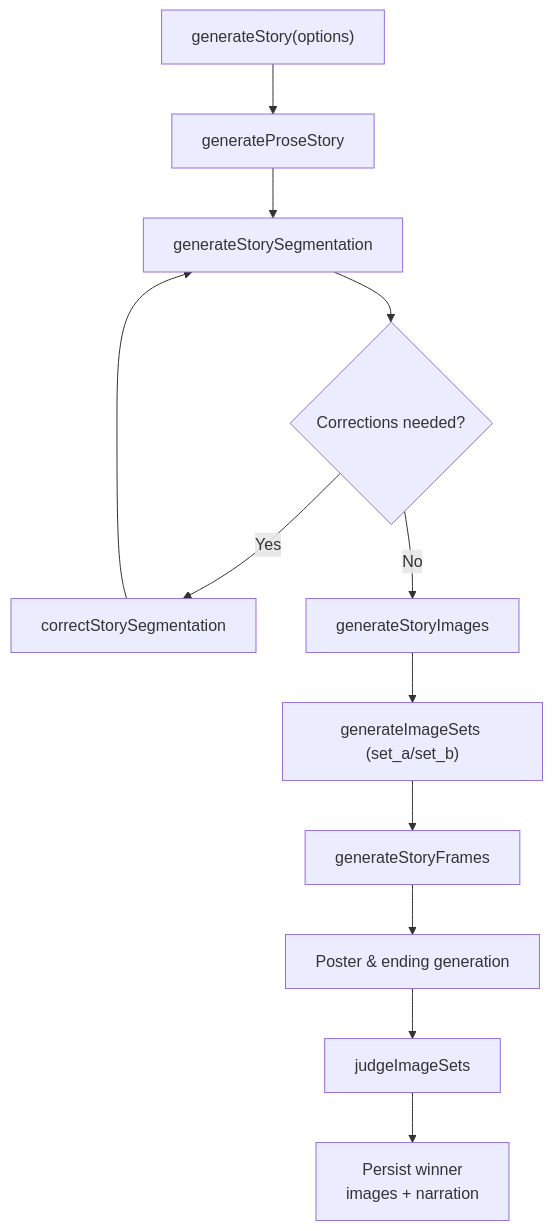
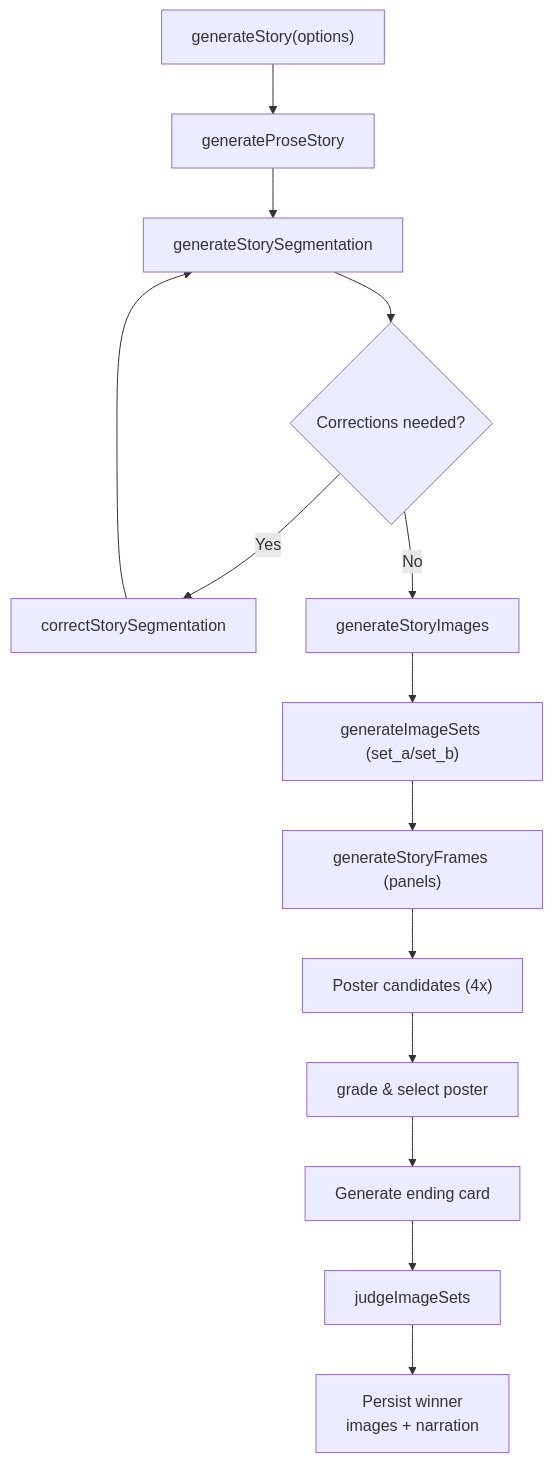
Before and after one commit to ljoukov/spark: the first of 2 diagrams in docs/STORY.md, drawn with Mermaid. The commit also changed other lines of this file and 1 other file, not shown here.

Commit message:
generate the posted multiple times

````diff
--- a/docs/STORY.md
+++ b/docs/STORY.md
@@ -7,14 +7,16 @@
 ```mermaid
 flowchart TD
   A["generateStory(options)"] --> B["generateProseStory"]
   B --> C["generateStorySegmentation"]
   C --> D{Corrections needed?}
   D -->|Yes| E["correctStorySegmentation"]
   E --> C
   D -->|No| F["generateStoryImages"]
   F --> G["generateImageSets (set_a/set_b)"]
-  G --> H["generateStoryFrames"]
-  H --> I["Poster & ending generation"]
-  I --> J["judgeImageSets"]
-  J --> K["Persist winner\nimages + narration"]
+  G --> H["generateStoryFrames (panels)"]
+  H --> I["Poster candidates (4x)"]
+  I --> J["grade & select poster"]
+  J --> K["Generate ending card"]
+  K --> L["judgeImageSets"]
+  L --> M["Persist winner\nimages + narration"]
 ```
````
